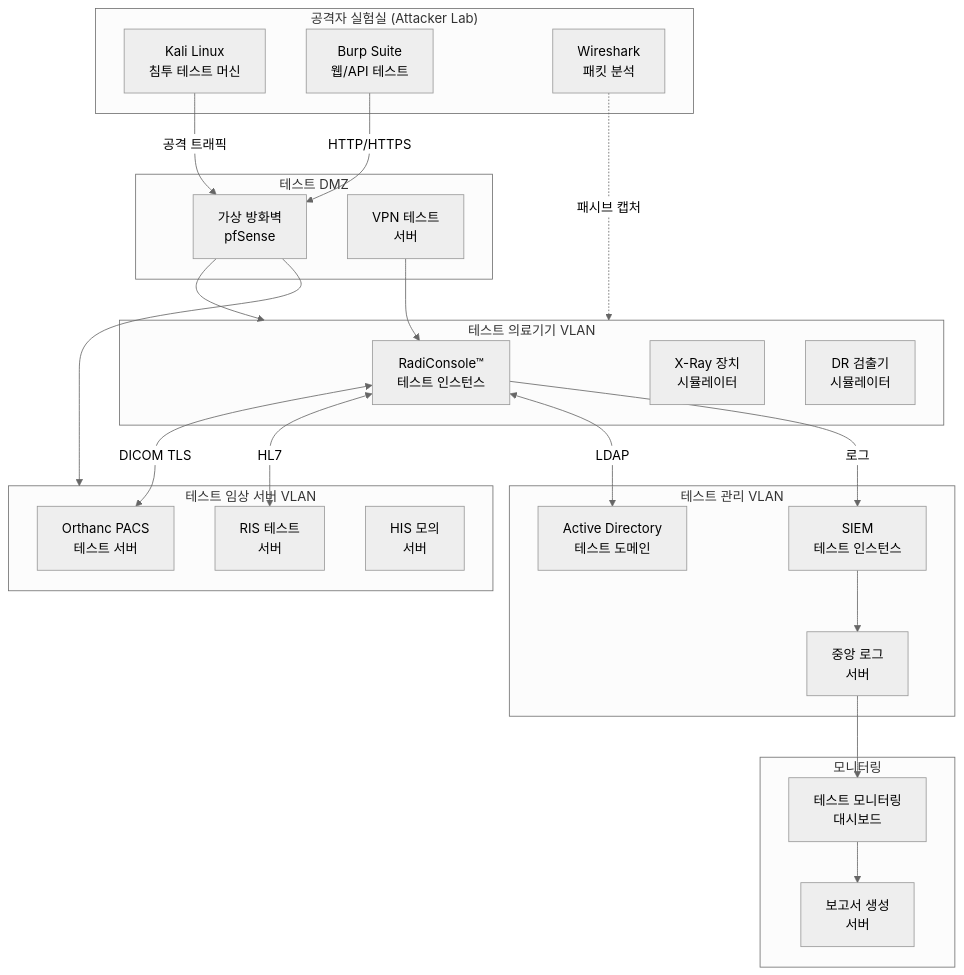
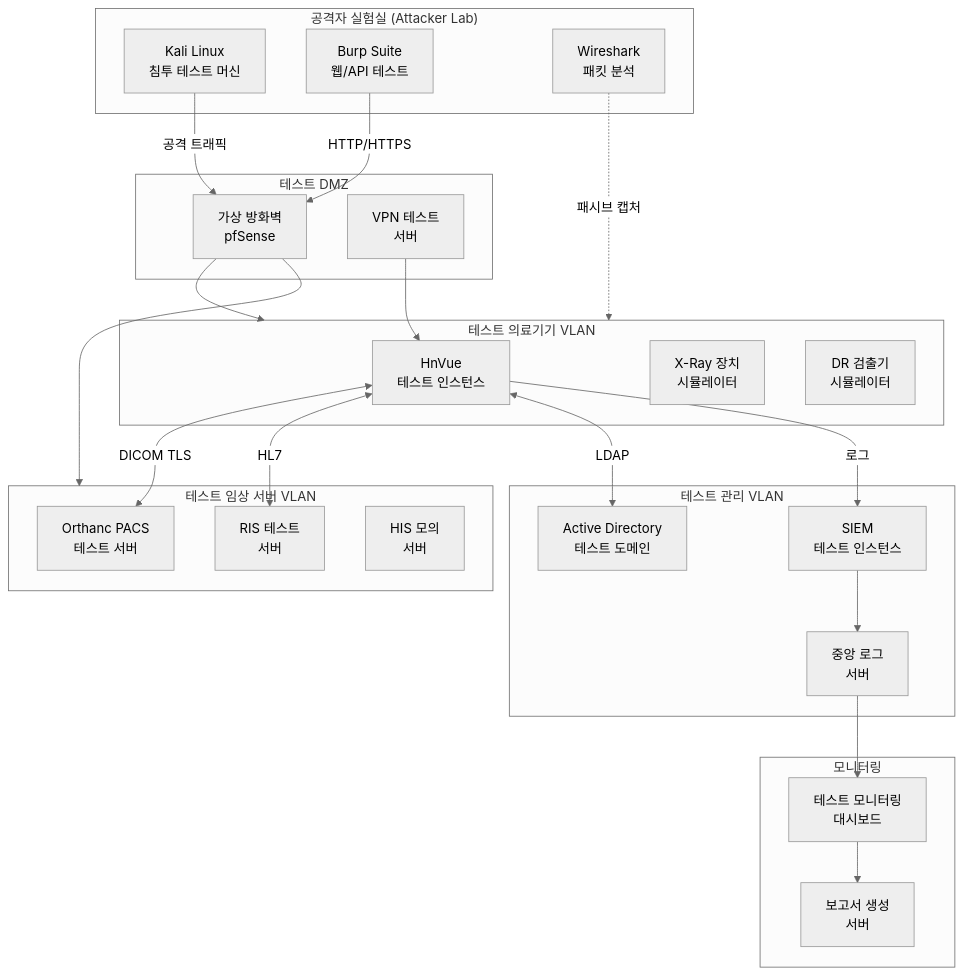
One commit to holee9/console-gui changed the ninth of 11 diagrams in docs/management/DOC-016_Cybersecurity_Plan_v1.0.md. Above: the diagram before and after it, drawn with Mermaid (neutral theme). The commit also changed other lines of this file and 34 other files, not shown here.

First line of the commit message:
fix: RadiConsole → HnVue 전체 일괄 변경 (35개 파일, 300건+)

````diff
--- a/docs/management/DOC-016_Cybersecurity_Plan_v1.0.md
+++ b/docs/management/DOC-016_Cybersecurity_Plan_v1.0.md
@@ -705,50 +705,50 @@
 ```mermaid
 graph TB
     subgraph Attacker_Lab["공격자 실험실 (Attacker Lab)"]
         KALI[Kali Linux<br/>침투 테스트 머신]
         BURP[Burp Suite<br/>웹/API 테스트]
         WIRE[Wireshark<br/>패킷 분석]
     end
 
     subgraph Test_DMZ["테스트 DMZ"]
         FW_T[가상 방화벽<br/>pfSense]
         VPN_T[VPN 테스트<br/>서버]
     end
 
     subgraph Test_Medical_VLAN["테스트 의료기기 VLAN"]
-        RC_TEST[RadiConsole™<br/>테스트 인스턴스]
+        RC_TEST[HnVue<br/>테스트 인스턴스]
         XRAY_SIM[X-Ray 장치<br/>시뮬레이터]
         DR_SIM[DR 검출기<br/>시뮬레이터]
     end
 
     subgraph Test_Clinical_VLAN["테스트 임상 서버 VLAN"]
         PACS_TEST[Orthanc PACS<br/>테스트 서버]
         RIS_TEST[RIS 테스트<br/>서버]
         HIS_TEST[HIS 모의<br/>서버]
     end
 
     subgraph Test_Admin_VLAN["테스트 관리 VLAN"]
         AD_TEST[Active Directory<br/>테스트 도메인]
         SIEM_TEST[SIEM<br/>테스트 인스턴스]
         LOG[중앙 로그<br/>서버]
     end
 
     subgraph Monitoring["모니터링"]
         MON[테스트 모니터링<br/>대시보드]
         REPORT_SRV[보고서 생성<br/>서버]
     end
 
     KALI -->|공격 트래픽| FW_T
     BURP -->|HTTP/HTTPS| FW_T
     FW_T --> Test_Medical_VLAN
     FW_T --> Test_Clinical_VLAN
     VPN_T --> RC_TEST
     RC_TEST <-->|DICOM TLS| PACS_TEST
     RC_TEST <-->|HL7| RIS_TEST
     RC_TEST <-->|LDAP| AD_TEST
     RC_TEST -->|로그| SIEM_TEST
     SIEM_TEST --> LOG
     LOG --> MON
     MON --> REPORT_SRV
     WIRE -.->|패시브 캡처| Test_Medical_VLAN
 ```
````
